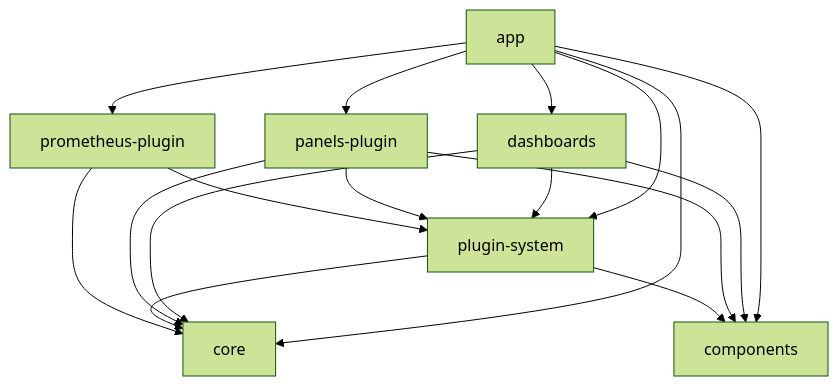
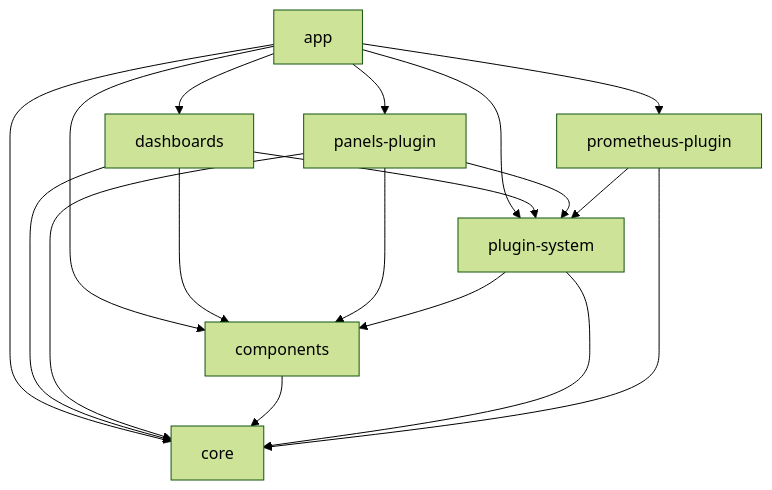
Before and after one commit to perses/perses: the diagram in ui/README.md, drawn with Mermaid (forest theme). The commit also changed 4 other files, not shown here.

Commit message:
revert import useDeepMemo, add core as depen of components

````diff
--- a/ui/README.md
+++ b/ui/README.md
@@ -58,26 +58,25 @@
 ```mermaid
 graph TD;
     app-->core
     app-->components
     app-->plugin-system
     app-->prometheus-plugin
     app-->panels-plugin
     app-->dashboards
 
     dashboards-->core
     dashboards-->components
     dashboards-->plugin-system
 
     panels-plugin-->plugin-system
     panels-plugin-->core
     panels-plugin-->components
 
-    %% components-->core
-    %% components-->plugin-system
+    components-->core
 
     plugin-system-->components
     plugin-system-->core
 
     prometheus-plugin-->core
     prometheus-plugin-->plugin-system
 ```
````
